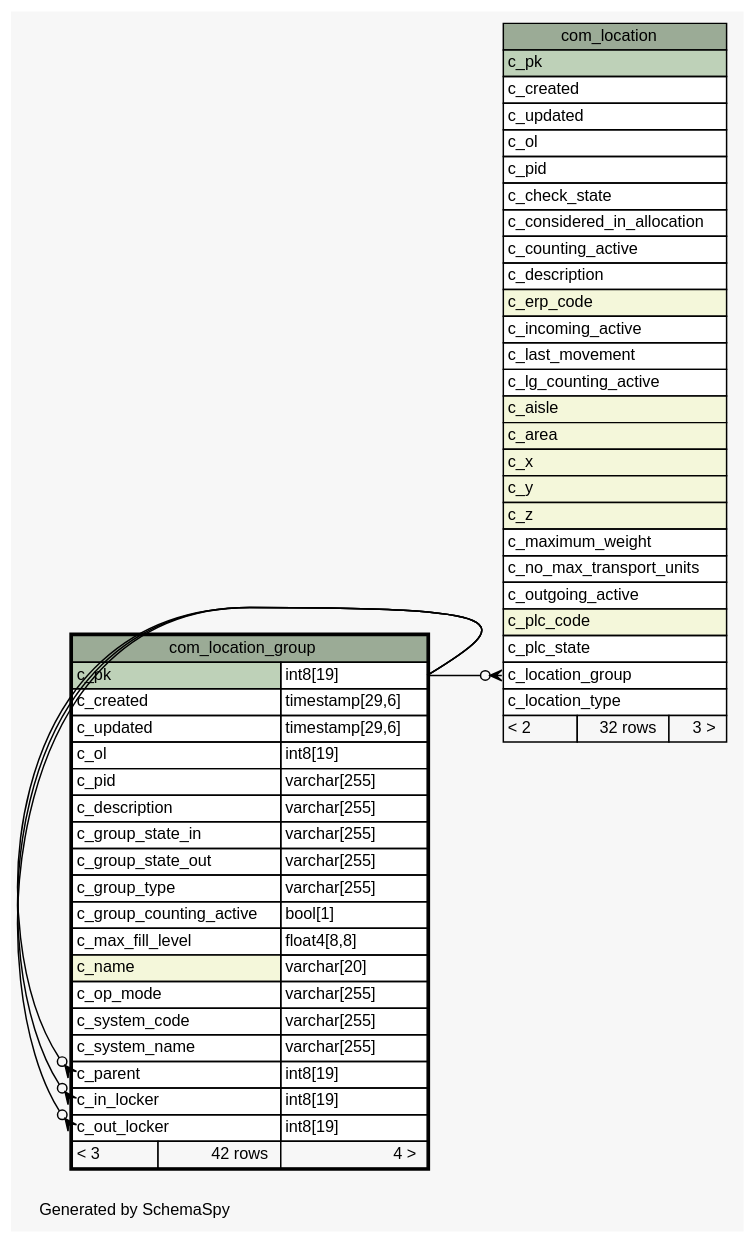
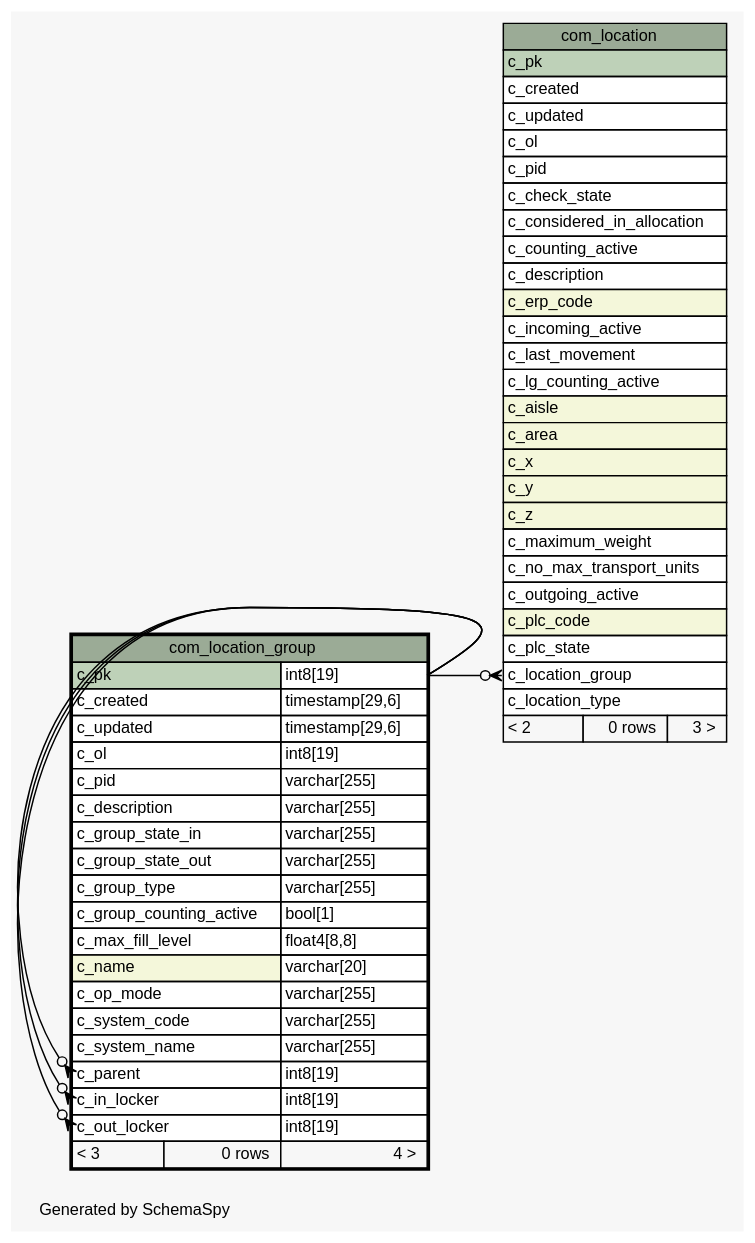
One commit to openwms/org.openwms.common.service.lib changed the diagram in schemaspy/diagrams/com_location_group.1degree.dot. Above: the diagram before and after it, drawn with Graphviz. The commit also changed 537 other files, not shown here.

```diff
--- a/schemaspy/diagrams/com_location_group.1degree.dot
+++ b/schemaspy/diagrams/com_location_group.1degree.dot
@@ -1,87 +1,87 @@
-// dot 2.36.0 on Linux 4.4.0-101-generic
+// dot 2.38.0 on Linux 4.15.0-1037-gcp
 // SchemaSpy rev Unknown
 digraph "oneDegreeRelationshipsDiagram" {
   graph [
     rankdir="RL"
     bgcolor="#f7f7f7"
     label="\nGenerated by SchemaSpy"
     labeljust="l"
     nodesep="0.18"
     ranksep="0.46"
     fontname="Helvetica"
     fontsize="11"
   ];
   node [
     fontname="Helvetica"
     fontsize="11"
     shape="plaintext"
   ];
   edge [
     arrowsize="0.8"
   ];
   "com_location":"c_location_group":w -> "com_location_group":"c_pk.type":e [arrowhead=none dir=back arrowtail=crowodot];
   "com_location_group":"c_in_locker":w -> "com_location_group":"c_pk.type":e [arrowhead=none dir=back arrowtail=crowodot];
   "com_location_group":"c_out_locker":w -> "com_location_group":"c_pk.type":e [arrowhead=none dir=back arrowtail=crowodot];
   "com_location_group":"c_parent":w -> "com_location_group":"c_pk.type":e [arrowhead=none dir=back arrowtail=crowodot];
   "com_location" [
     label=<
     <TABLE BORDER="0" CELLBORDER="1" CELLSPACING="0" BGCOLOR="#ffffff">
       <TR><TD COLSPAN="3" BGCOLOR="#9bab96" ALIGN="CENTER">com_location</TD></TR>
       <TR><TD PORT="c_pk" COLSPAN="3" BGCOLOR="#bed1b8" ALIGN="LEFT">c_pk</TD></TR>
       <TR><TD PORT="c_created" COLSPAN="3" ALIGN="LEFT">c_created</TD></TR>
       <TR><TD PORT="c_updated" COLSPAN="3" ALIGN="LEFT">c_updated</TD></TR>
       <TR><TD PORT="c_ol" COLSPAN="3" ALIGN="LEFT">c_ol</TD></TR>
       <TR><TD PORT="c_pid" COLSPAN="3" ALIGN="LEFT">c_pid</TD></TR>
       <TR><TD PORT="c_check_state" COLSPAN="3" ALIGN="LEFT">c_check_state</TD></TR>
       <TR><TD PORT="c_considered_in_allocation" COLSPAN="3" ALIGN="LEFT">c_considered_in_allocation</TD></TR>
       <TR><TD PORT="c_counting_active" COLSPAN="3" ALIGN="LEFT">c_counting_active</TD></TR>
       <TR><TD PORT="c_description" COLSPAN="3" ALIGN="LEFT">c_description</TD></TR>
       <TR><TD PORT="c_erp_code" COLSPAN="3" BGCOLOR="#f4f7da" ALIGN="LEFT">c_erp_code</TD></TR>
       <TR><TD PORT="c_incoming_active" COLSPAN="3" ALIGN="LEFT">c_incoming_active</TD></TR>
       <TR><TD PORT="c_last_movement" COLSPAN="3" ALIGN="LEFT">c_last_movement</TD></TR>
       <TR><TD PORT="c_lg_counting_active" COLSPAN="3" ALIGN="LEFT">c_lg_counting_active</TD></TR>
       <TR><TD PORT="c_aisle" COLSPAN="3" BGCOLOR="#f4f7da" ALIGN="LEFT">c_aisle</TD></TR>
       <TR><TD PORT="c_area" COLSPAN="3" BGCOLOR="#f4f7da" ALIGN="LEFT">c_area</TD></TR>
       <TR><TD PORT="c_x" COLSPAN="3" BGCOLOR="#f4f7da" ALIGN="LEFT">c_x</TD></TR>
       <TR><TD PORT="c_y" COLSPAN="3" BGCOLOR="#f4f7da" ALIGN="LEFT">c_y</TD></TR>
       <TR><TD PORT="c_z" COLSPAN="3" BGCOLOR="#f4f7da" ALIGN="LEFT">c_z</TD></TR>
       <TR><TD PORT="c_maximum_weight" COLSPAN="3" ALIGN="LEFT">c_maximum_weight</TD></TR>
       <TR><TD PORT="c_no_max_transport_units" COLSPAN="3" ALIGN="LEFT">c_no_max_transport_units</TD></TR>
       <TR><TD PORT="c_outgoing_active" COLSPAN="3" ALIGN="LEFT">c_outgoing_active</TD></TR>
       <TR><TD PORT="c_plc_code" COLSPAN="3" BGCOLOR="#f4f7da" ALIGN="LEFT">c_plc_code</TD></TR>
       <TR><TD PORT="c_plc_state" COLSPAN="3" ALIGN="LEFT">c_plc_state</TD></TR>
       <TR><TD PORT="c_location_group" COLSPAN="3" ALIGN="LEFT">c_location_group</TD></TR>
       <TR><TD PORT="c_location_type" COLSPAN="3" ALIGN="LEFT">c_location_type</TD></TR>
-      <TR><TD ALIGN="LEFT" BGCOLOR="#f7f7f7">&lt; 2</TD><TD ALIGN="RIGHT" BGCOLOR="#f7f7f7">32 rows</TD><TD ALIGN="RIGHT" BGCOLOR="#f7f7f7">3 &gt;</TD></TR>
+      <TR><TD ALIGN="LEFT" BGCOLOR="#f7f7f7">&lt; 2</TD><TD ALIGN="RIGHT" BGCOLOR="#f7f7f7">0 rows</TD><TD ALIGN="RIGHT" BGCOLOR="#f7f7f7">3 &gt;</TD></TR>
     </TABLE>>
     URL="com_location.html"
     tooltip="com_location"
   ];
   "com_location_group" [
     label=<
     <TABLE BORDER="2" CELLBORDER="1" CELLSPACING="0" BGCOLOR="#ffffff">
       <TR><TD COLSPAN="3" BGCOLOR="#9bab96" ALIGN="CENTER">com_location_group</TD></TR>
       <TR><TD PORT="c_pk" COLSPAN="2" BGCOLOR="#bed1b8" ALIGN="LEFT">c_pk</TD><TD PORT="c_pk.type" ALIGN="LEFT">int8[19]</TD></TR>
       <TR><TD PORT="c_created" COLSPAN="2" ALIGN="LEFT">c_created</TD><TD PORT="c_created.type" ALIGN="LEFT">timestamp[29,6]</TD></TR>
       <TR><TD PORT="c_updated" COLSPAN="2" ALIGN="LEFT">c_updated</TD><TD PORT="c_updated.type" ALIGN="LEFT">timestamp[29,6]</TD></TR>
       <TR><TD PORT="c_ol" COLSPAN="2" ALIGN="LEFT">c_ol</TD><TD PORT="c_ol.type" ALIGN="LEFT">int8[19]</TD></TR>
       <TR><TD PORT="c_pid" COLSPAN="2" ALIGN="LEFT">c_pid</TD><TD PORT="c_pid.type" ALIGN="LEFT">varchar[255]</TD></TR>
       <TR><TD PORT="c_description" COLSPAN="2" ALIGN="LEFT">c_description</TD><TD PORT="c_description.type" ALIGN="LEFT">varchar[255]</TD></TR>
       <TR><TD PORT="c_group_state_in" COLSPAN="2" ALIGN="LEFT">c_group_state_in</TD><TD PORT="c_group_state_in.type" ALIGN="LEFT">varchar[255]</TD></TR>
       <TR><TD PORT="c_group_state_out" COLSPAN="2" ALIGN="LEFT">c_group_state_out</TD><TD PORT="c_group_state_out.type" ALIGN="LEFT">varchar[255]</TD></TR>
       <TR><TD PORT="c_group_type" COLSPAN="2" ALIGN="LEFT">c_group_type</TD><TD PORT="c_group_type.type" ALIGN="LEFT">varchar[255]</TD></TR>
       <TR><TD PORT="c_group_counting_active" COLSPAN="2" ALIGN="LEFT">c_group_counting_active</TD><TD PORT="c_group_counting_active.type" ALIGN="LEFT">bool[1]</TD></TR>
       <TR><TD PORT="c_max_fill_level" COLSPAN="2" ALIGN="LEFT">c_max_fill_level</TD><TD PORT="c_max_fill_level.type" ALIGN="LEFT">float4[8,8]</TD></TR>
       <TR><TD PORT="c_name" COLSPAN="2" BGCOLOR="#f4f7da" ALIGN="LEFT">c_name</TD><TD PORT="c_name.type" ALIGN="LEFT">varchar[20]</TD></TR>
       <TR><TD PORT="c_op_mode" COLSPAN="2" ALIGN="LEFT">c_op_mode</TD><TD PORT="c_op_mode.type" ALIGN="LEFT">varchar[255]</TD></TR>
       <TR><TD PORT="c_system_code" COLSPAN="2" ALIGN="LEFT">c_system_code</TD><TD PORT="c_system_code.type" ALIGN="LEFT">varchar[255]</TD></TR>
       <TR><TD PORT="c_system_name" COLSPAN="2" ALIGN="LEFT">c_system_name</TD><TD PORT="c_system_name.type" ALIGN="LEFT">varchar[255]</TD></TR>
       <TR><TD PORT="c_parent" COLSPAN="2" ALIGN="LEFT">c_parent</TD><TD PORT="c_parent.type" ALIGN="LEFT">int8[19]</TD></TR>
       <TR><TD PORT="c_in_locker" COLSPAN="2" ALIGN="LEFT">c_in_locker</TD><TD PORT="c_in_locker.type" ALIGN="LEFT">int8[19]</TD></TR>
       <TR><TD PORT="c_out_locker" COLSPAN="2" ALIGN="LEFT">c_out_locker</TD><TD PORT="c_out_locker.type" ALIGN="LEFT">int8[19]</TD></TR>
-      <TR><TD ALIGN="LEFT" BGCOLOR="#f7f7f7">&lt; 3</TD><TD ALIGN="RIGHT" BGCOLOR="#f7f7f7">42 rows</TD><TD ALIGN="RIGHT" BGCOLOR="#f7f7f7">4 &gt;</TD></TR>
+      <TR><TD ALIGN="LEFT" BGCOLOR="#f7f7f7">&lt; 3</TD><TD ALIGN="RIGHT" BGCOLOR="#f7f7f7">0 rows</TD><TD ALIGN="RIGHT" BGCOLOR="#f7f7f7">4 &gt;</TD></TR>
     </TABLE>>
     URL="com_location_group.html"
     tooltip="com_location_group"
   ];
 }
```
